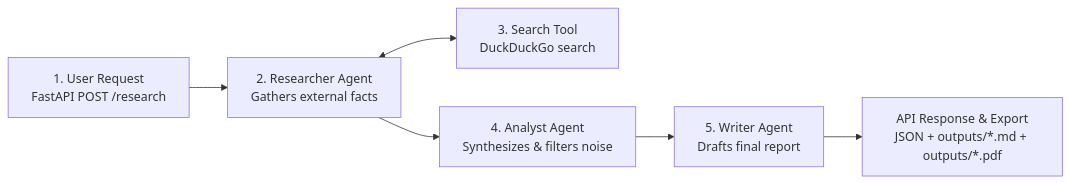
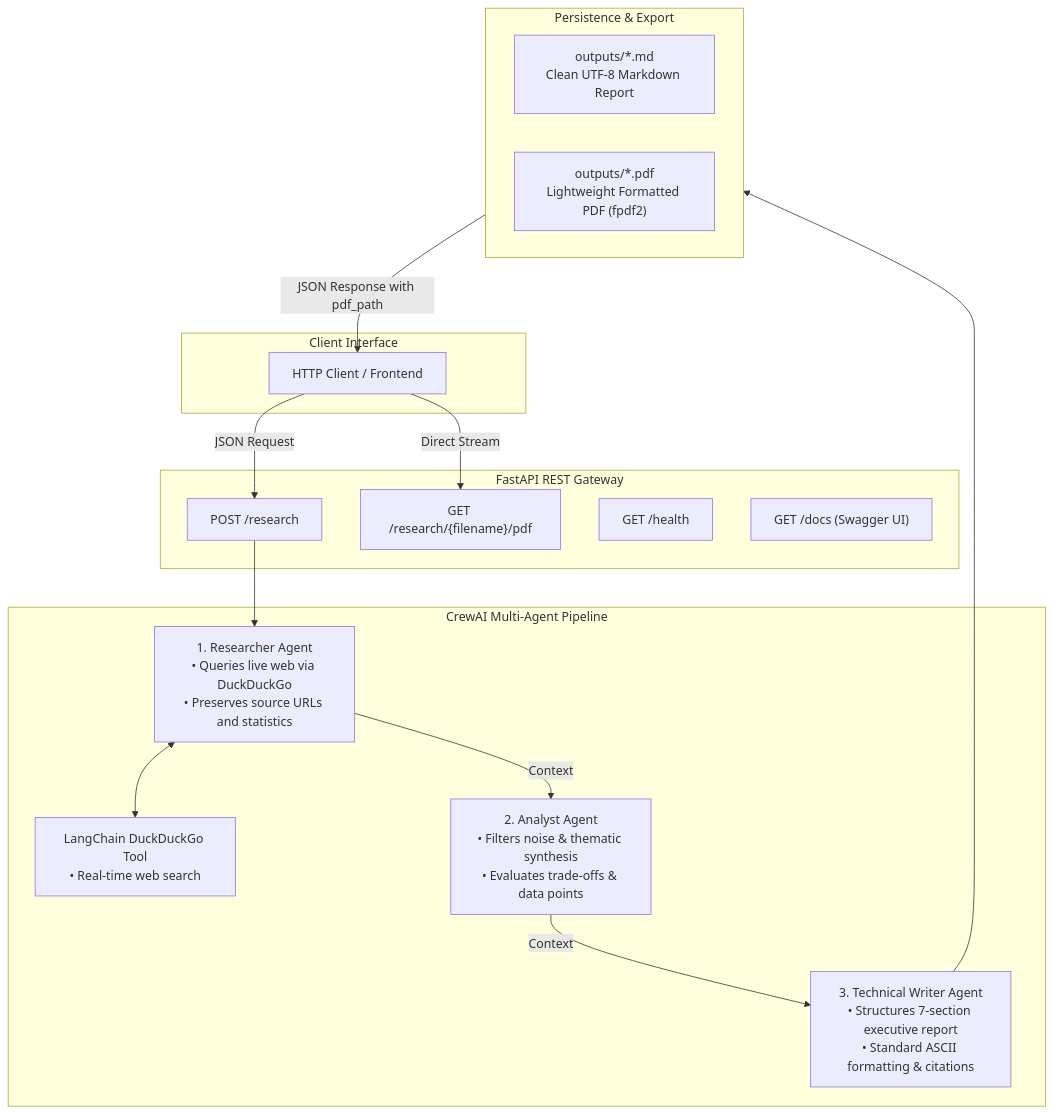
Before and after one commit to vedsongire/Research_crew: the diagram in README.md, drawn with Mermaid. The commit also changed other lines of this file and 9 other files, not shown here.

Commit message:
chore: polish repository presentation, add MIT license, update README with verified gaming industry report, and clean up temporary outputs

````diff
--- a/README.md
+++ b/README.md
@@ -13,8 +18,34 @@
 ```mermaid
-flowchart LR
-    A[1. User Request<br>FastAPI POST /research] --> B[2. Researcher Agent<br>Gathers external facts]
-    B <--> C[3. Search Tool<br>DuckDuckGo search]
-    B --> D[4. Analyst Agent<br>Synthesizes & filters noise]
-    D --> E[5. Writer Agent<br>Drafts final report]
-    E --> F[API Response & Export<br>JSON + outputs/*.md + outputs/*.pdf]
+flowchart TD
+    subgraph ClientLayer [Client Interface]
+        Client[HTTP Client / Frontend]
+    end
+
+    subgraph FastAPIService [FastAPI REST Gateway]
+        EP1["POST /research"]
+        EP2["GET /research/{filename}/pdf"]
+        EP3["GET /health"]
+        EP4["GET /docs (Swagger UI)"]
+    end
+
+    subgraph AgentPipeline [CrewAI Multi-Agent Pipeline]
+        Agent1["1. Researcher Agent<br>• Queries live web via DuckDuckGo<br>• Preserves source URLs and statistics"]
+        Tool["LangChain DuckDuckGo Tool<br>• Real-time web search"]
+        Agent2["2. Analyst Agent<br>• Filters noise & thematic synthesis<br>• Evaluates trade-offs & data points"]
+        Agent3["3. Technical Writer Agent<br>• Structures 7-section executive report<br>• Standard ASCII formatting & citations"]
+    end
+
+    subgraph OutputLayer [Persistence & Export]
+        MD["outputs/*.md<br>Clean UTF-8 Markdown Report"]
+        PDF["outputs/*.pdf<br>Lightweight Formatted PDF (fpdf2)"]
+    end
+
+    Client -->|JSON Request| EP1
+    EP1 --> Agent1
+    Agent1 <--> Tool
+    Agent1 -->|Context| Agent2
+    Agent2 -->|Context| Agent3
+    Agent3 --> OutputLayer
+    OutputLayer -->|JSON Response with pdf_path| Client
+    Client -->|Direct Stream| EP2
 ```
````
